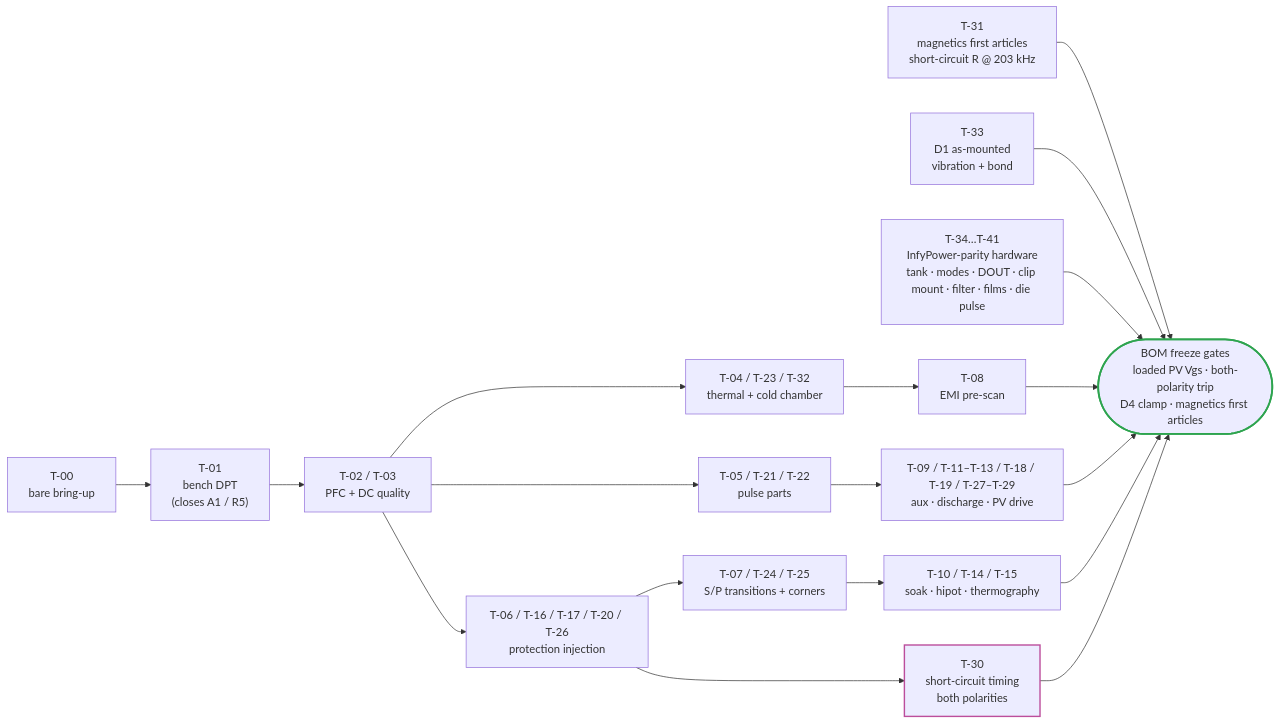
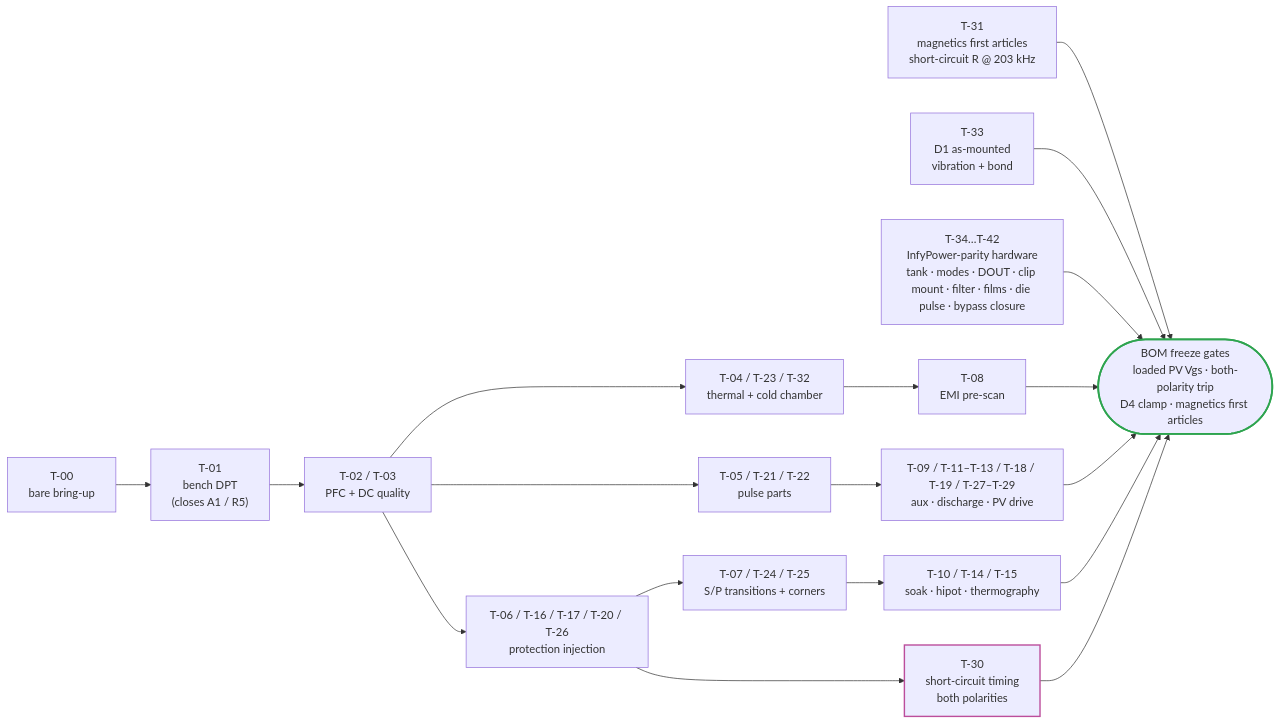
One commit to vectivolt/DC-Modules changed the second of 2 diagrams in docs/evt-plan.md. Above: the diagram before and after it, drawn with Mermaid. The commit also changed other lines of this file and 91 other files, not shown here.

````diff
--- a/docs/evt-plan.md
+++ b/docs/evt-plan.md
@@ -58,22 +58,22 @@
 ```mermaid
 flowchart LR
   A["T-00<br/>bare bring-up"] --> B["T-01<br/>bench DPT<br/>(closes A1 / R5)"]
   B --> C["T-02 / T-03<br/>PFC + DC quality"]
   C --> D["T-04 / T-23 / T-32<br/>thermal + cold chamber"]
   C --> E["T-05 / T-21 / T-22<br/>pulse parts"]
   C --> F["T-06 / T-16 / T-17 / T-20 / T-26<br/>protection injection"]
   F --> SC["T-30<br/>short-circuit timing<br/>both polarities"]
   F --> G["T-07 / T-24 / T-25<br/>S/P transitions + corners"]
   D --> H["T-08<br/>EMI pre-scan"]
   E --> I["T-09 / T-11–T-13 / T-18 / T-19 / T-27–T-29<br/>aux · discharge · PV drive"]
   G --> J["T-10 / T-14 / T-15<br/>soak · hipot · thermography"]
   M["T-31<br/>magnetics first articles<br/>short-circuit R @ 203 kHz"] --> K
   VB["T-33<br/>D1 as-mounted<br/>vibration + bond"] --> K
-  IP["T-34…T-41<br/>InfyPower-parity hardware<br/>tank · modes · DOUT · clip mount · filter · films · die pulse"] --> K
+  IP["T-34…T-42<br/>InfyPower-parity hardware<br/>tank · modes · DOUT · clip mount · filter · films · die pulse · bypass closure"] --> K
   H --> K(["BOM freeze gates<br/>loaded PV Vgs · both-polarity trip<br/>D4 clamp · magnetics first articles"])
   I --> K
   J --> K
   SC --> K
   style K stroke:#2ea44f,stroke-width:2.5px
   style SC stroke:#bc4e9c,stroke-width:2px
 ```
````
